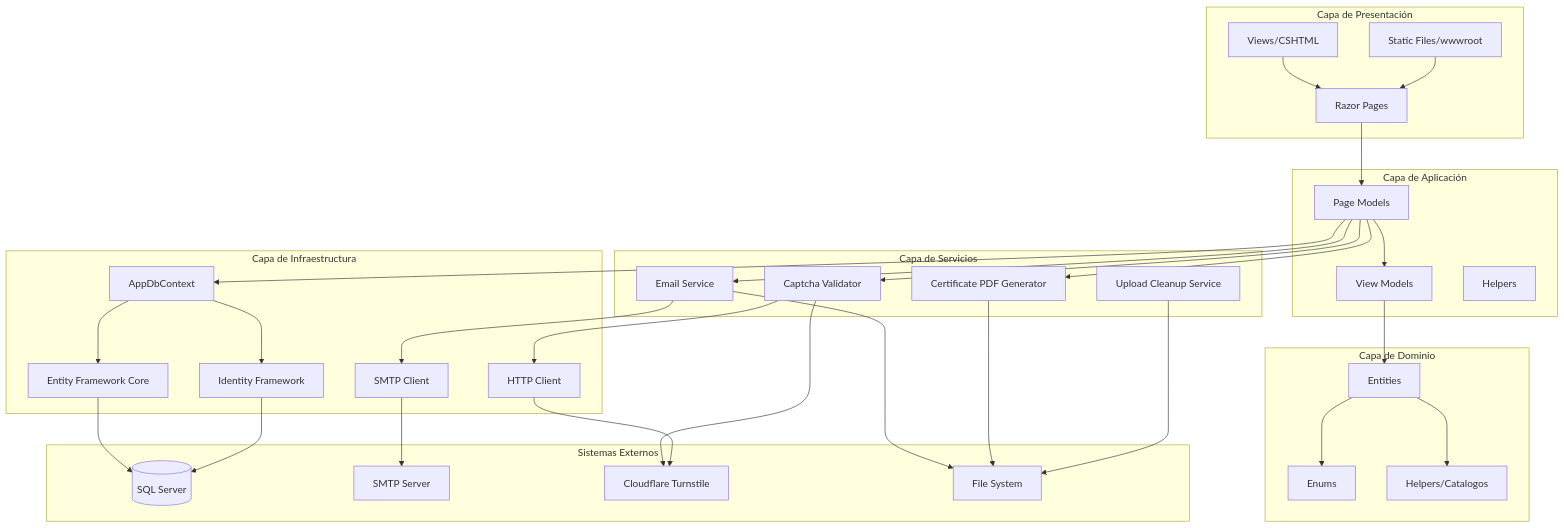
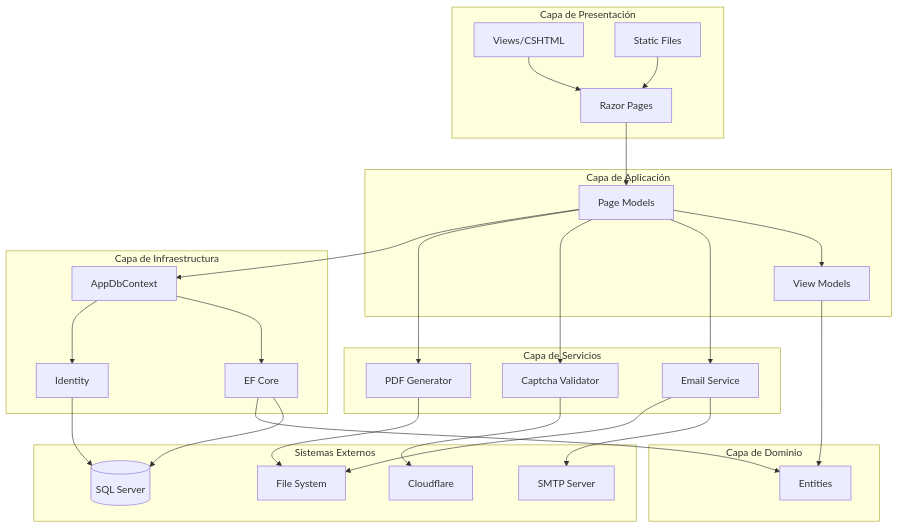
Before and after one commit to Luisguslg/Sumando-Valor: the diagram in diseño/02-Diagrama-Componentes.md, drawn with Mermaid. The commit also changed 13 other files, not shown here.

````diff
--- a/diseño/02-Diagrama-Componentes.md
+++ b/diseño/02-Diagrama-Componentes.md
@@ -7,66 +7,60 @@
 ```mermaid
 graph TB
-    subgraph "Capa de Presentación"
+    subgraph Presentacion["Capa de Presentación"]
         A[Razor Pages]
         B[Views/CSHTML]
-        C[Static Files/wwwroot]
+        C[Static Files]
     end
 
-    subgraph "Capa de Aplicación"
+    subgraph Aplicacion["Capa de Aplicación"]
         D[Page Models]
         E[View Models]
-        F[Helpers]
     end
 
-    subgraph "Capa de Servicios"
+    subgraph Servicios["Capa de Servicios"]
         G[Email Service]
         H[Captcha Validator]
-        I[Certificate PDF Generator]
-        J[Upload Cleanup Service]
+        I[PDF Generator]
     end
 
-    subgraph "Capa de Infraestructura"
+    subgraph Infraestructura["Capa de Infraestructura"]
         K[AppDbContext]
-        L[Entity Framework Core]
-        M[Identity Framework]
-        N[SMTP Client]
-        O[HTTP Client]
+        L[EF Core]
+        M[Identity]
     end
 
-    subgraph "Capa de Dominio"
+    subgraph Dominio["Capa de Dominio"]
         P[Entities]
-        Q[Enums]
-        R[Helpers/Catalogos]
     end
 
-    subgraph "Sistemas Externos"
+    subgraph Externos["Sistemas Externos"]
         S[(SQL Server)]
         T[SMTP Server]
-        U[Cloudflare Turnstile]
+        U[Cloudflare]
         V[File System]
     end
 
+    %% Flujo principal
     A --> D
     B --> A
     C --> A
     D --> E
     D --> G
     D --> H
     D --> I
     D --> K
     E --> P
-    G --> N
+    
+    %% Servicios a infraestructura
+    G --> T
     G --> V
-    H --> O
     H --> U
     I --> V
-    J --> V
+    
+    %% Infraestructura a dominio y externos
     K --> L
     K --> M
     L --> S
     M --> S
-    N --> T
-    O --> U
-    P --> Q
-    P --> R
+    L --> P
 ```
````
